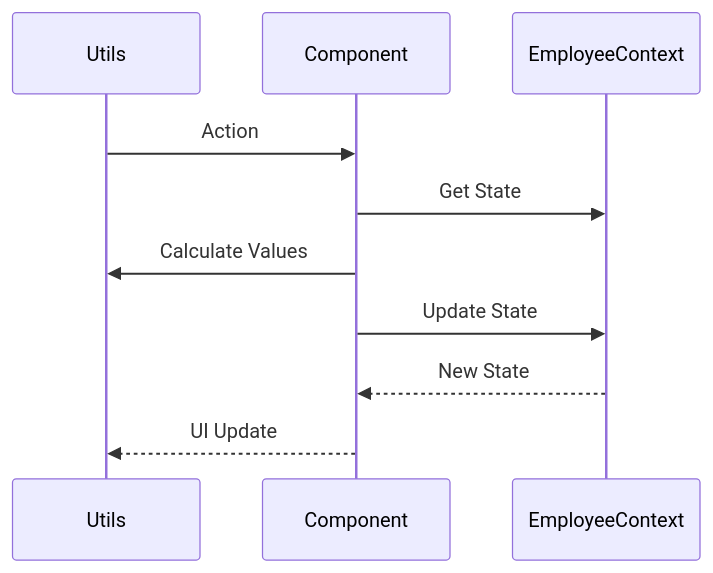
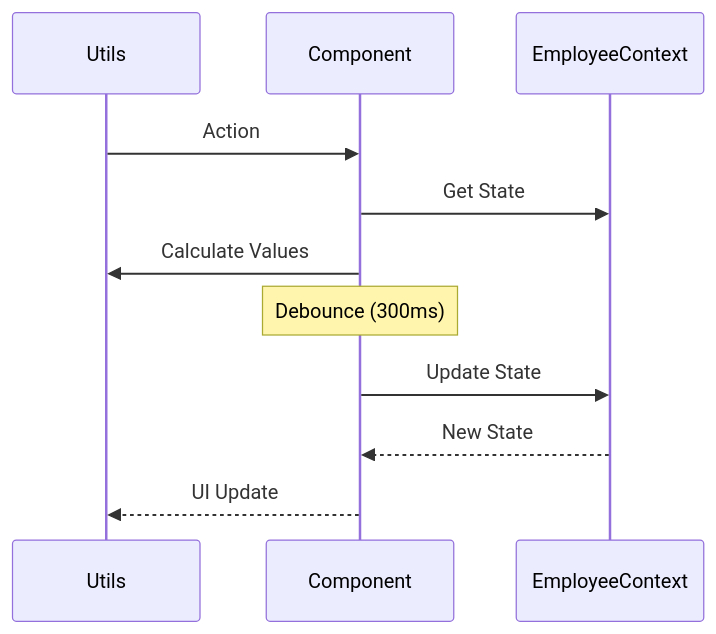
One commit to l2laihub/employee-time-tracking-app changed the second of 3 diagrams in docs/features/pto/pto-feature-technical.md. Above: the diagram before and after it, drawn with Mermaid. The commit also changed other lines of this file and 3 other files, not shown here.

````diff
--- a/docs/features/pto/pto-feature-technical.md
+++ b/docs/features/pto/pto-feature-technical.md
@@ -67,14 +67,15 @@
 ```mermaid
 sequenceDiagram
     participant U as User
     participant C as Component
     participant EC as EmployeeContext
     participant U as Utils
     
     U->>C: Action
     C->>EC: Get State
     C->>U: Calculate Values
+    Note over C: Debounce (300ms)
     C->>EC: Update State
     EC-->>C: New State
     C-->>U: UI Update
 ```
````
